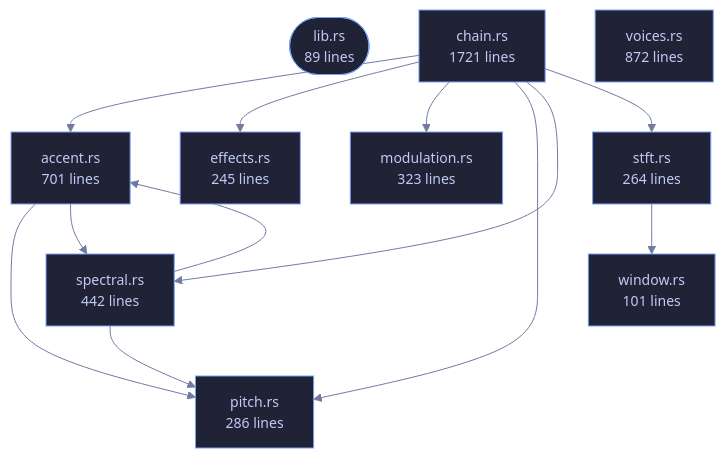
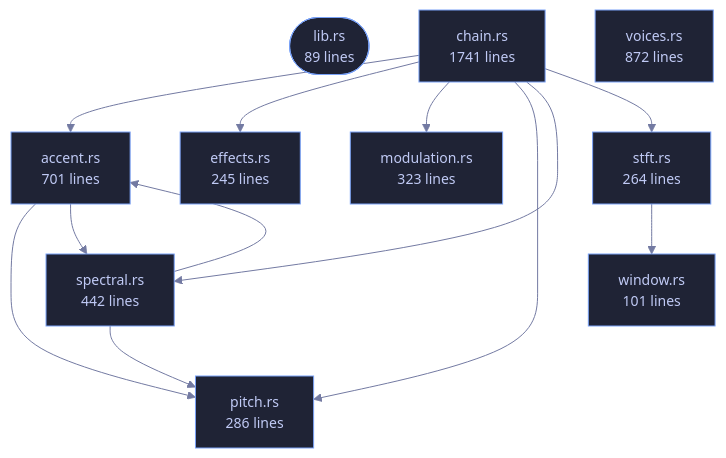
Before and after one commit to tilas01/veilvoice: the diagram in crates/veilvoice-core/README.md, drawn with Mermaid. The commit also changed other lines of this file and 17 other files, not shown here.

````diff
--- a/crates/veilvoice-core/README.md
+++ b/crates/veilvoice-core/README.md
@@ -105,35 +105,35 @@
 ```mermaid
 %%{init: {"theme":"base","themeVariables":{"background":"#1a1b26","primaryColor":"#1f2335","primaryTextColor":"#c0caf5","primaryBorderColor":"#7aa2f7","secondaryColor":"#16161e","tertiaryColor":"#16161e","lineColor":"#737aa2","textColor":"#c0caf5","mainBkg":"#1f2335","nodeBorder":"#7aa2f7","clusterBkg":"#16161e","clusterBorder":"#2f3549","fontFamily":"ui-monospace, SFMono-Regular, Consolas, monospace","fontSize":"14px"}}}%%
 flowchart TD
     n_lib(["lib.rs<br/>89 lines"])
     n_accent["accent.rs<br/>701 lines"]
-    n_chain["chain.rs<br/>1721 lines"]
+    n_chain["chain.rs<br/>1741 lines"]
     n_effects["effects.rs<br/>245 lines"]
     n_modulation["modulation.rs<br/>323 lines"]
     n_pitch["pitch.rs<br/>286 lines"]
     n_spectral["spectral.rs<br/>442 lines"]
     n_stft["stft.rs<br/>264 lines"]
     n_voices["voices.rs<br/>872 lines"]
     n_window["window.rs<br/>101 lines"]
     n_accent --> n_pitch
     n_accent --> n_spectral
     n_chain --> n_accent
     n_chain --> n_effects
     n_chain --> n_modulation
     n_chain --> n_pitch
     n_chain --> n_spectral
     n_chain --> n_stft
     n_spectral --> n_accent
     n_spectral --> n_pitch
     n_stft --> n_window
     click n_lib href "https://github.com/tilas01/veilvoice/blob/main/crates/veilvoice-core/src/lib.rs" "open the source"
     click n_accent href "https://github.com/tilas01/veilvoice/blob/main/crates/veilvoice-core/src/accent.rs" "open the source"
     click n_chain href "https://github.com/tilas01/veilvoice/blob/main/crates/veilvoice-core/src/chain.rs" "open the source"
     click n_effects href "https://github.com/tilas01/veilvoice/blob/main/crates/veilvoice-core/src/effects.rs" "open the source"
     click n_modulation href "https://github.com/tilas01/veilvoice/blob/main/crates/veilvoice-core/src/modulation.rs" "open the source"
     click n_pitch href "https://github.com/tilas01/veilvoice/blob/main/crates/veilvoice-core/src/pitch.rs" "open the source"
     click n_spectral href "https://github.com/tilas01/veilvoice/blob/main/crates/veilvoice-core/src/spectral.rs" "open the source"
     click n_stft href "https://github.com/tilas01/veilvoice/blob/main/crates/veilvoice-core/src/stft.rs" "open the source"
     click n_voices href "https://github.com/tilas01/veilvoice/blob/main/crates/veilvoice-core/src/voices.rs" "open the source"
     click n_window href "https://github.com/tilas01/veilvoice/blob/main/crates/veilvoice-core/src/window.rs" "open the source"
 ```
````
